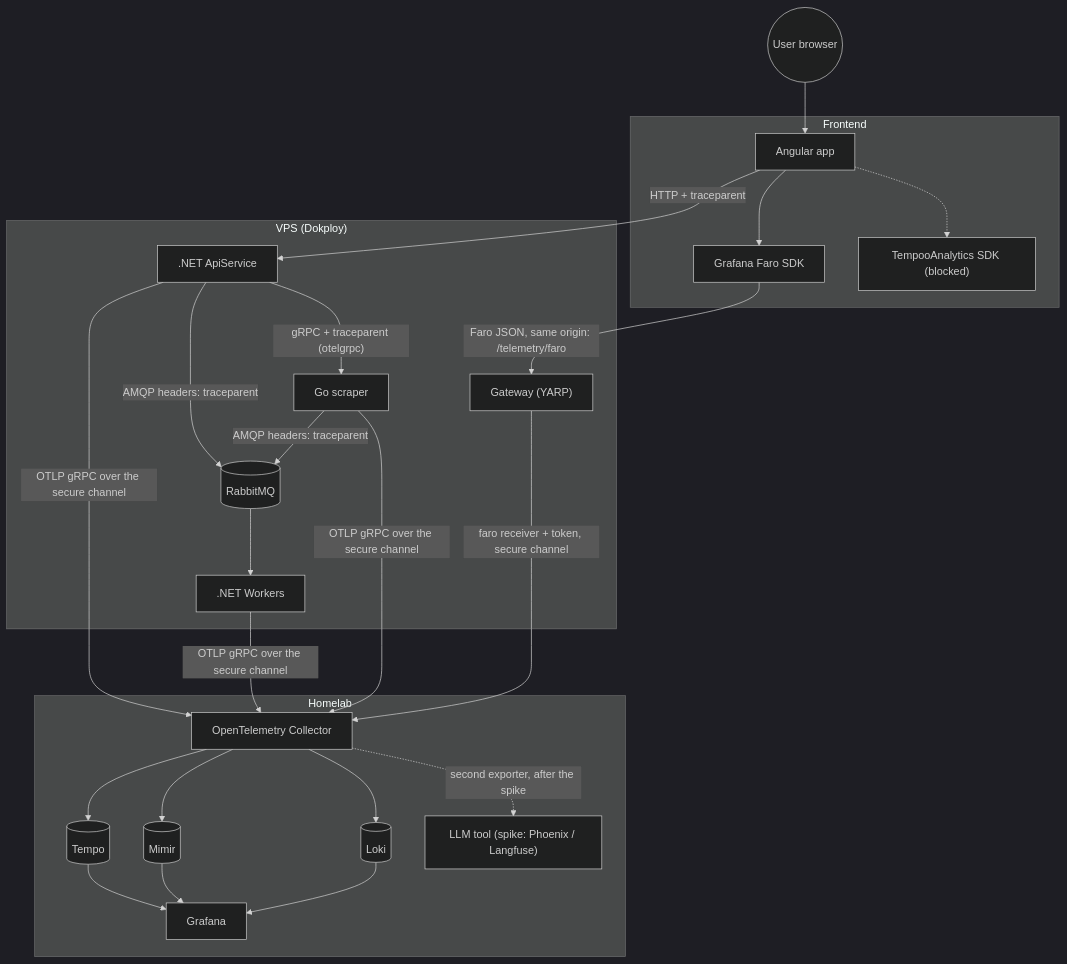
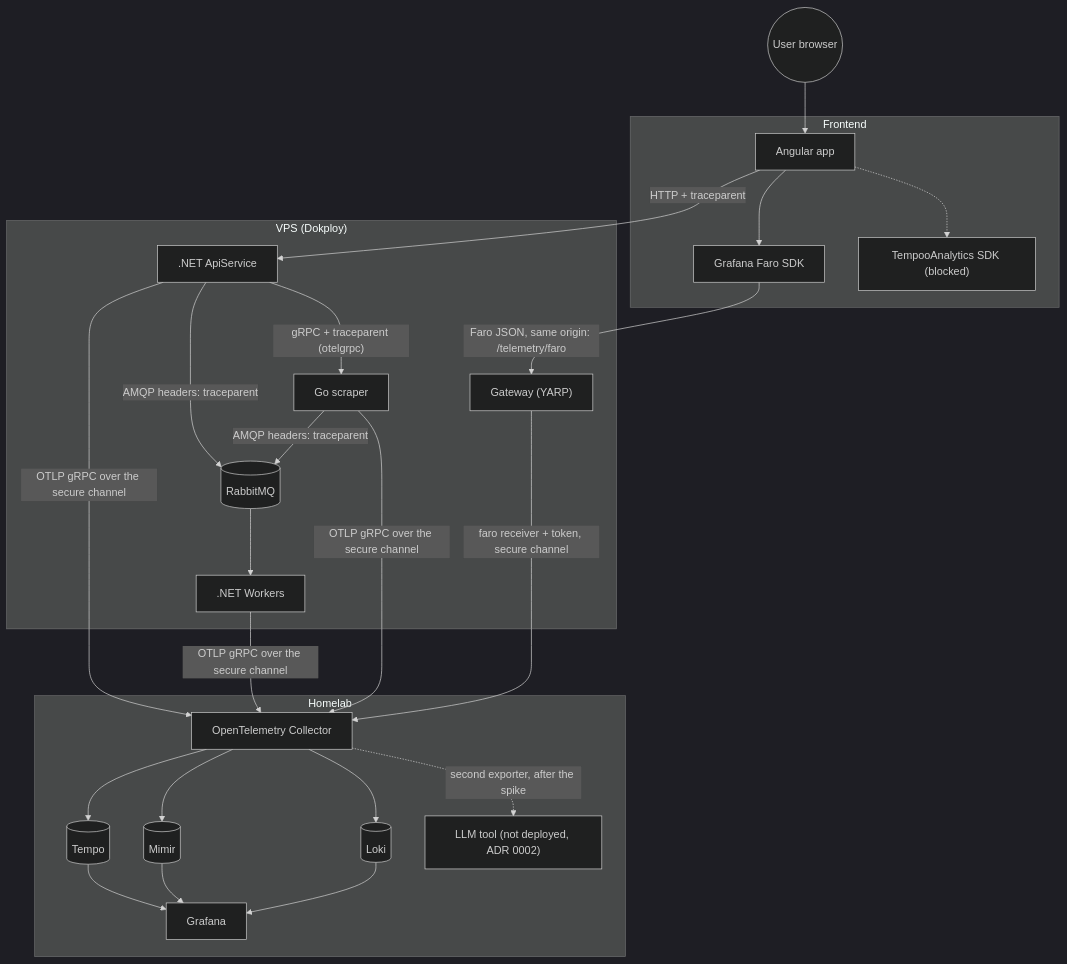
One commit to TempooDev/asistente-ayuntamiento changed the diagram in docs/observability-architecture.md. Above: the diagram before and after it, drawn with Mermaid (dark theme). The commit also changed other lines of this file and 2 other files, not shown here.

First line of the commit message:
docs(adr): LLM observability spike with Arize Phoenix

````diff
--- a/docs/observability-architecture.md
+++ b/docs/observability-architecture.md
@@ -5,47 +5,47 @@
 ```mermaid
 flowchart TD
     User(("User browser"))
 
     subgraph Frontend
         AngularApp["Angular app"]
         FaroSDK["Grafana Faro SDK"]
         TempooSDK["TempooAnalytics SDK (blocked)"]
     end
 
     subgraph VPS["VPS (Dokploy)"]
         Gateway["Gateway (YARP)"]
         API[".NET ApiService"]
         Worker[".NET Workers"]
         Scraper["Go scraper"]
         RabbitMQ[("RabbitMQ")]
     end
 
     subgraph Homelab
         OTelCollector["OpenTelemetry Collector"]
         Loki[("Loki")]
         Tempo[("Tempo")]
         Mimir[("Mimir")]
         GrafanaUI["Grafana"]
-        LlmTool["LLM tool (spike: Phoenix / Langfuse)"]
+        LlmTool["LLM tool (not deployed, ADR 0002)"]
     end
 
     User --> AngularApp
     AngularApp --> FaroSDK
     AngularApp -.-> TempooSDK
     AngularApp -->|"HTTP + traceparent"| API
 
     API -->|"gRPC + traceparent (otelgrpc)"| Scraper
     API -->|"AMQP headers: traceparent"| RabbitMQ
     Scraper -->|"AMQP headers: traceparent"| RabbitMQ
     RabbitMQ --> Worker
 
     API & Worker & Scraper -->|"OTLP gRPC over the secure channel"| OTelCollector
     FaroSDK -->|"Faro JSON, same origin: /telemetry/faro"| Gateway
     Gateway -->|"faro receiver + token, secure channel"| OTelCollector
 
     OTelCollector --> Tempo
     OTelCollector --> Mimir
     OTelCollector --> Loki
     OTelCollector -.->|"second exporter, after the spike"| LlmTool
     Tempo & Mimir & Loki --> GrafanaUI
 ```
````
